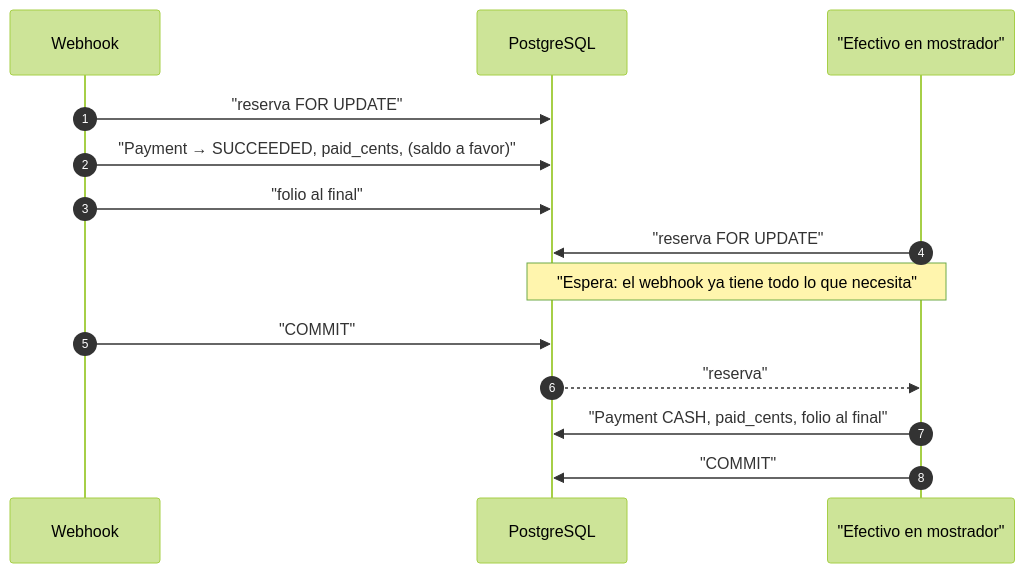
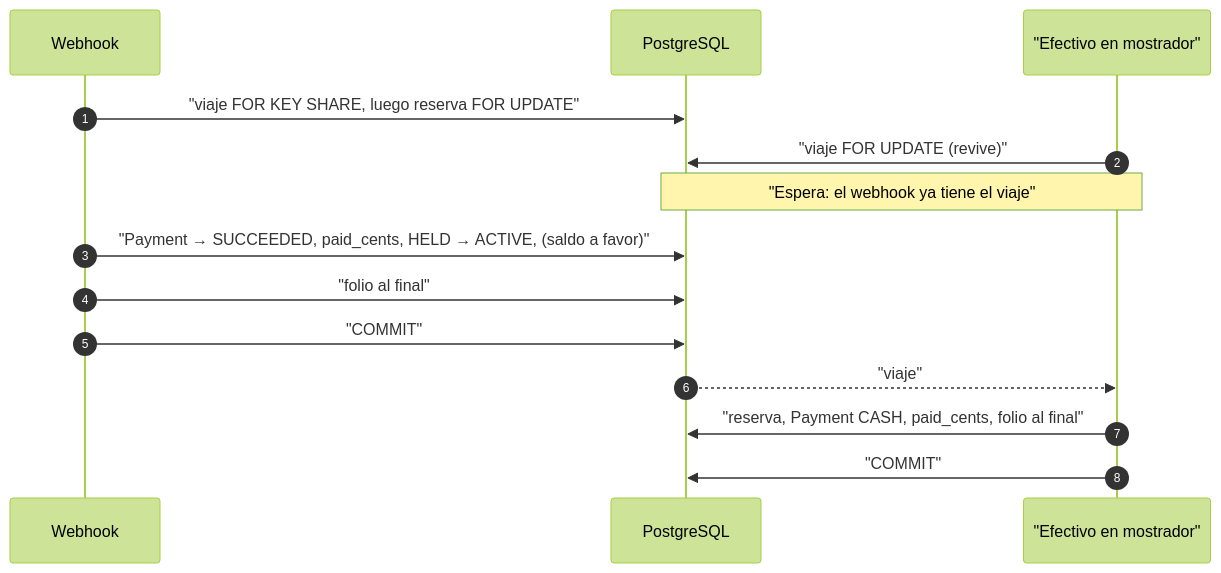
One commit to erickgs2/ruta_mochilera changed diagram 15 of 18 in docs/diagrams/payment-flow.md. Above: the diagram before and after it, drawn with Mermaid (forest theme). The commit also changed other lines of this file and 12 other files, not shown here.

````diff
--- a/docs/diagrams/payment-flow.md
+++ b/docs/diagrams/payment-flow.md
@@ -382,17 +411,17 @@
 ```mermaid
 sequenceDiagram
     autonumber
     participant W as Webhook
     participant PG as PostgreSQL
     participant M as "Efectivo en mostrador"
 
-    W->>PG: "reserva FOR UPDATE"
-    W->>PG: "Payment → SUCCEEDED, paid_cents, (saldo a favor)"
+    W->>PG: "viaje FOR KEY SHARE, luego reserva FOR UPDATE"
+    M->>PG: "viaje FOR UPDATE (revive)"
+    Note over M,PG: "Espera: el webhook ya tiene el viaje"
+    W->>PG: "Payment → SUCCEEDED, paid_cents, HELD → ACTIVE, (saldo a favor)"
     W->>PG: "folio al final"
-    M->>PG: "reserva FOR UPDATE"
-    Note over M,PG: "Espera: el webhook ya tiene todo lo que necesita"
     W->>PG: "COMMIT"
-    PG-->>M: "reserva"
-    M->>PG: "Payment CASH, paid_cents, folio al final"
+    PG-->>M: "viaje"
+    M->>PG: "reserva, Payment CASH, paid_cents, folio al final"
     M->>PG: "COMMIT"
 ```
````
